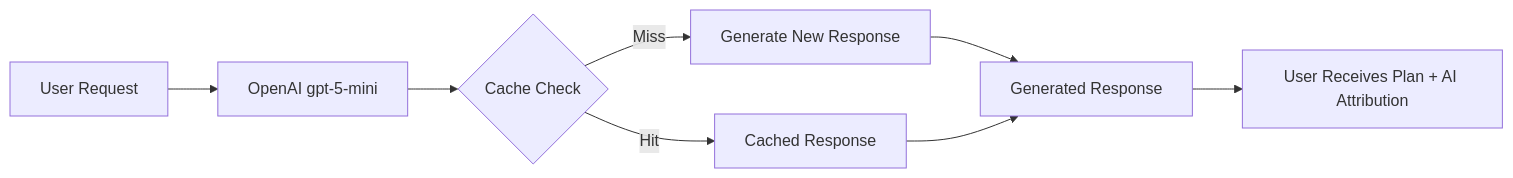
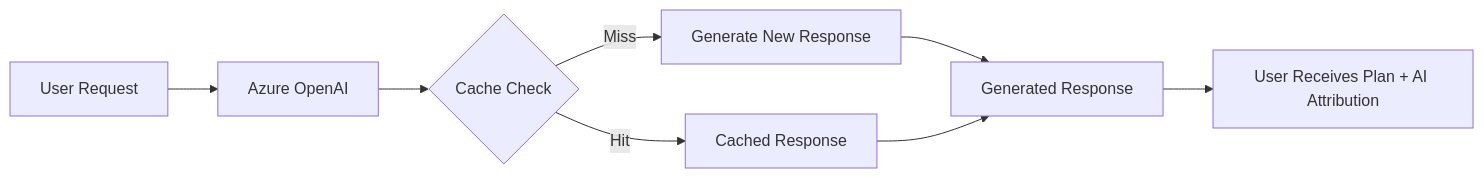
Diagram 11 of 16 in docs/User_Experience.md (vedprakash-m/vigor), drawn with Mermaid before and after one commit. The commit also changed other lines of this file and 8 other files, not shown here.

````diff
--- a/docs/User_Experience.md
+++ b/docs/User_Experience.md
@@ -681,10 +914,10 @@
 ```mermaid
 flowchart LR
-  Request[User Request] --> AI[OpenAI gpt-5-mini]
+  Request[User Request] --> AI[Azure OpenAI]
   AI --> Cache{Cache Check}
   Cache -->|Hit| Cached[Cached Response]
   Cache -->|Miss| Generate[Generate New Response]
   Generate --> Response[Generated Response]
   Cached --> Response
   Response --> User[User Receives Plan + AI Attribution]
 ```
````
